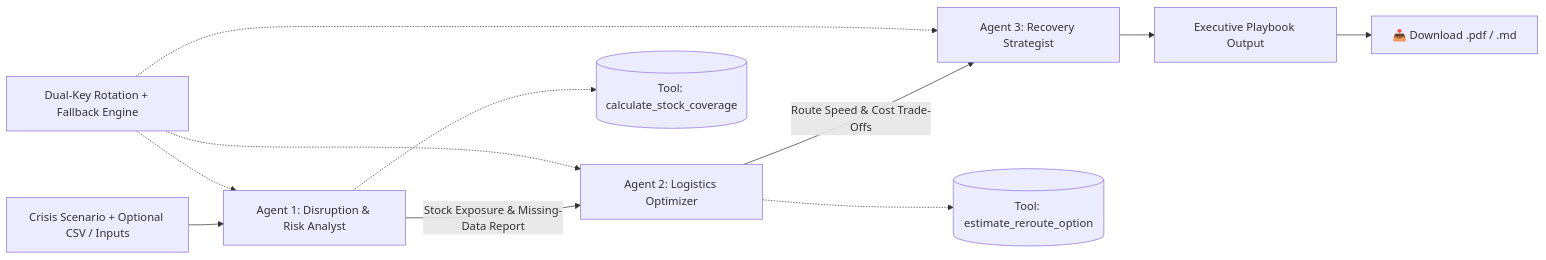
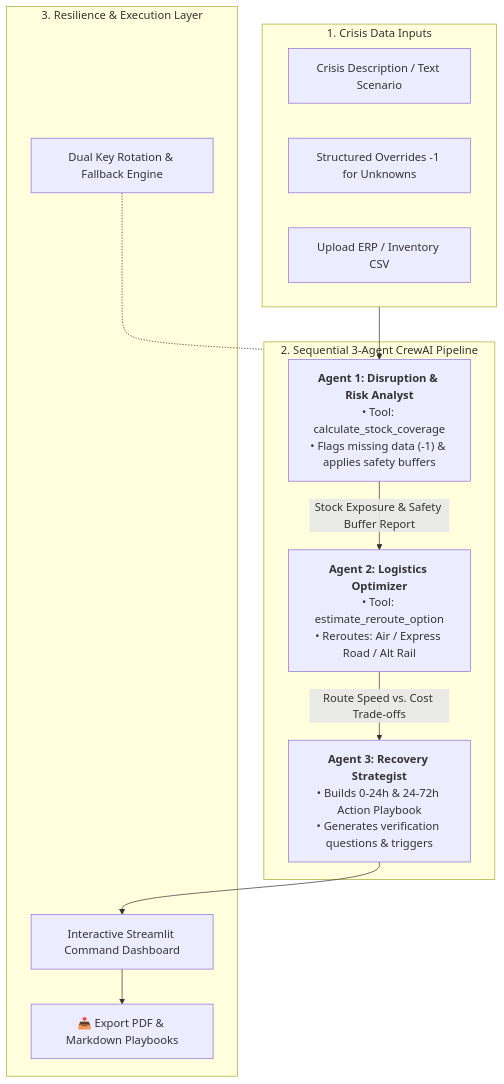
The diagram in README.md (palwashamushtaq123/agentic-supply-chain-recovery), drawn with Mermaid before and after one commit. The commit also changed other lines of this file, not shown here.

Commit message:
add updated README.md

````diff
--- a/README.md
+++ b/README.md
@@ -46,16 +46,28 @@
 ```mermaid
-flowchart LR
-    A[Crisis Scenario + Optional CSV / Inputs] --> B[Agent 1: Disruption & Risk Analyst]
-    B -->|Stock Exposure & Missing-Data Report| C[Agent 2: Logistics Optimizer]
-    C -->|Route Speed & Cost Trade-Offs| D[Agent 3: Recovery Strategist]
-    D --> E[Executive Playbook Output]
+flowchart TD
+    subgraph InputLayer["1. Crisis Data Inputs"]
+        A[Crisis Description / Text Scenario]
+        B[Structured Overrides -1 for Unknowns]
+        C[Upload ERP / Inventory CSV]
+    end
 
-    B -.-> T1[(Tool: calculate_stock_coverage)]
-    C -.-> T2[(Tool: estimate_reroute_option)]
+    subgraph AgentPipeline["2. Sequential 3-Agent CrewAI Pipeline"]
+        D["<b>Agent 1: Disruption & Risk Analyst</b><br/>• Tool: calculate_stock_coverage<br/>• Flags missing data (-1) & applies safety buffers"]
+        E["<b>Agent 2: Logistics Optimizer</b><br/>• Tool: estimate_reroute_option<br/>• Reroutes: Air / Express Road / Alt Rail"]
+        F["<b>Agent 3: Recovery Strategist</b><br/>• Builds 0-24h & 24-72h Action Playbook<br/>• Generates verification questions & triggers"]
+        
+        D -->|Stock Exposure & Safety Buffer Report| E
+        E -->|Route Speed vs. Cost Trade-offs| F
+    end
 
-    F[Dual-Key Rotation + Fallback Engine] -.-> B
-    F -.-> C
-    F -.-> D
+    subgraph ResilienceAndOutput["3. Resilience & Execution Layer"]
+        G[Dual Key Rotation & Fallback Engine]
+        H[Interactive Streamlit Command Dashboard]
+        I[📥 Export PDF & Markdown Playbooks]
+    end
 
-    E --> G[📥 Download .pdf / .md]
+    InputLayer --> D
+    F --> H
+    H --> I
+    G -.- AgentPipeline
 ```
````
